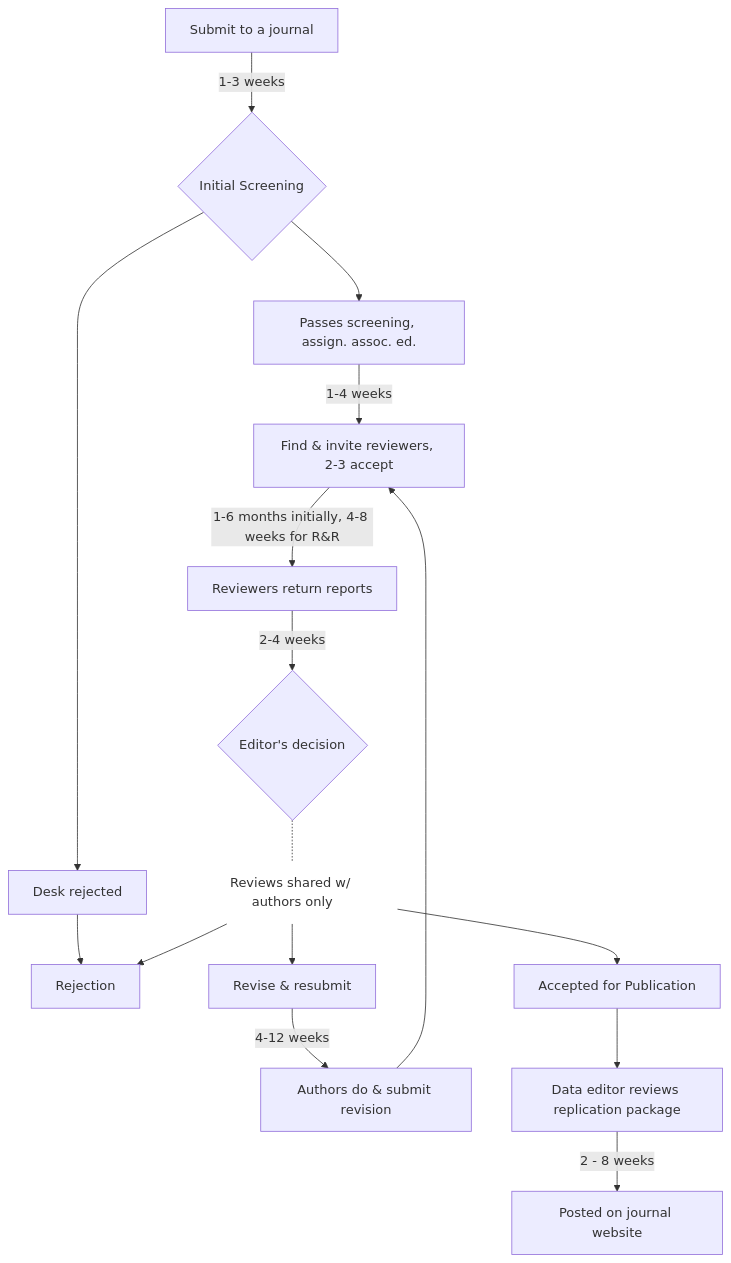
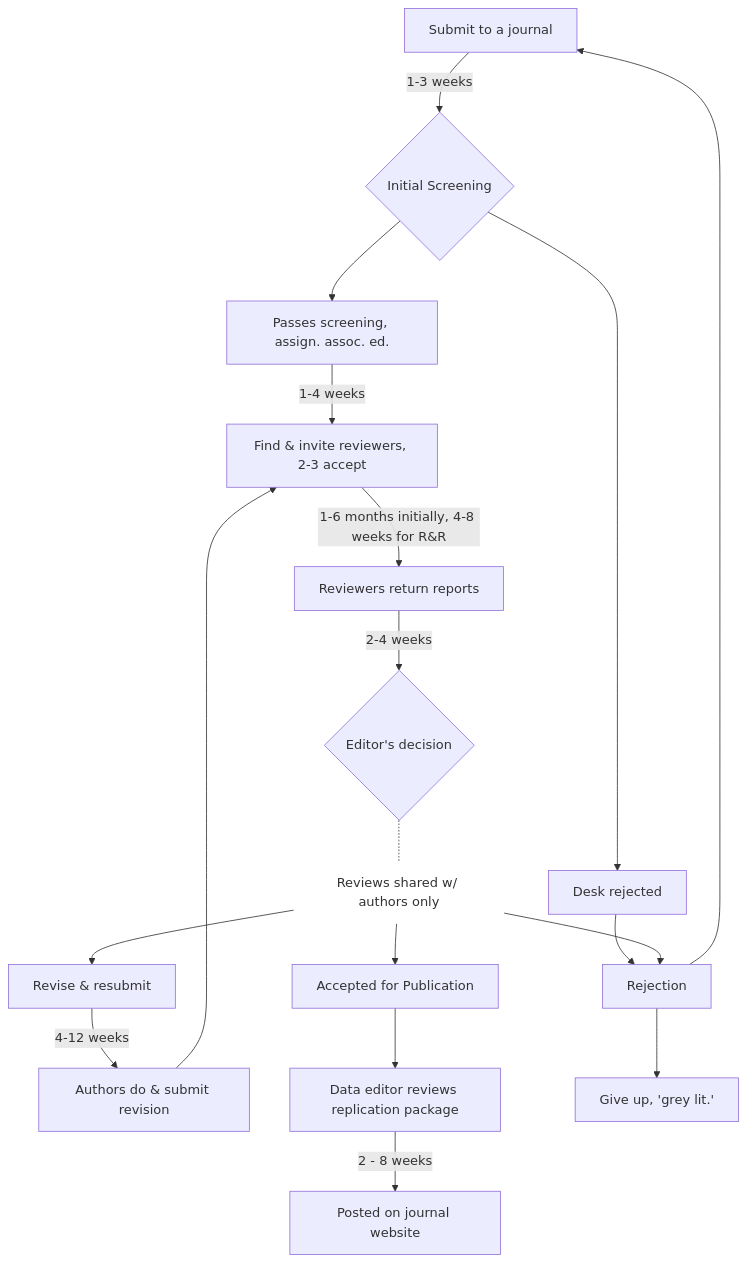
The diagram in benefits-and-features/costs-of-playing-the-publication-game.md (unjournal/unjournal_gitbook), drawn with Mermaid before and after one commit. The commit also changed other lines of this file, not shown here.

Commit message:
GITBOOK-511: No subject

````diff
--- a/benefits-and-features/costs-of-playing-the-publication-game.md
+++ b/benefits-and-features/costs-of-playing-the-publication-game.md
@@ -74,25 +74,28 @@
 ```mermaid
 graph TD
     Submit[Submit to a journal] --> |1-3 weeks| Screen{Initial Screening}
     Screen --> Desk[Desk rejected] --> Reject[Rejection]
     Screen --> Pass[Passes screening, assign. assoc. ed.] 
     Pass --> |1-4 weeks| FindR[Find & invite reviewers, 2-3 accept]
     FindR --> |1-6 months initially, 4-8 weeks for R&R| ReturnR[Reviewers return reports]
     ReturnR --> |2-4 weeks| EdD{Editor's decision}
     EdD -.- Shared[Reviews shared w/ authors only] 
     Shared --> Accepted[Accepted for Publication]
     Shared --> Reject[Rejection]
     Shared --> RandR[Revise & resubmit]
     RandR --> |4-12 weeks| AuthorRR[Authors do & submit revision]  
     AuthorRR -->  FindR
 
     Accepted --> Rep[Data editor reviews replication package] 
     Rep --> |2 - 8 weeks| Posted[Posted on journal website]
 
+    Reject --> Grey[Give up, 'grey lit.']
+    Reject --> Submit
+
 
 
     style Shared fill:none,stroke:none
 
     
    
 ```
````
